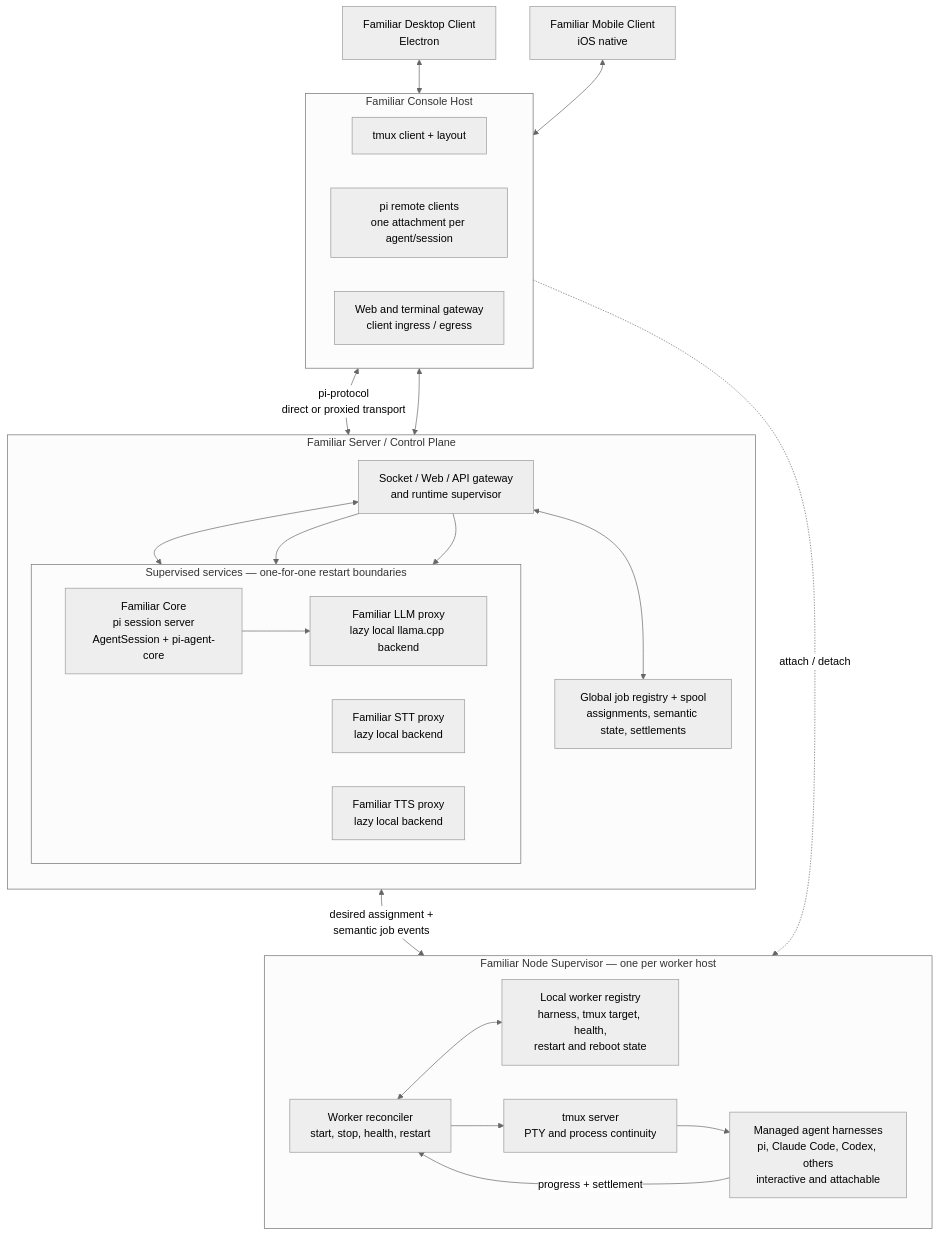
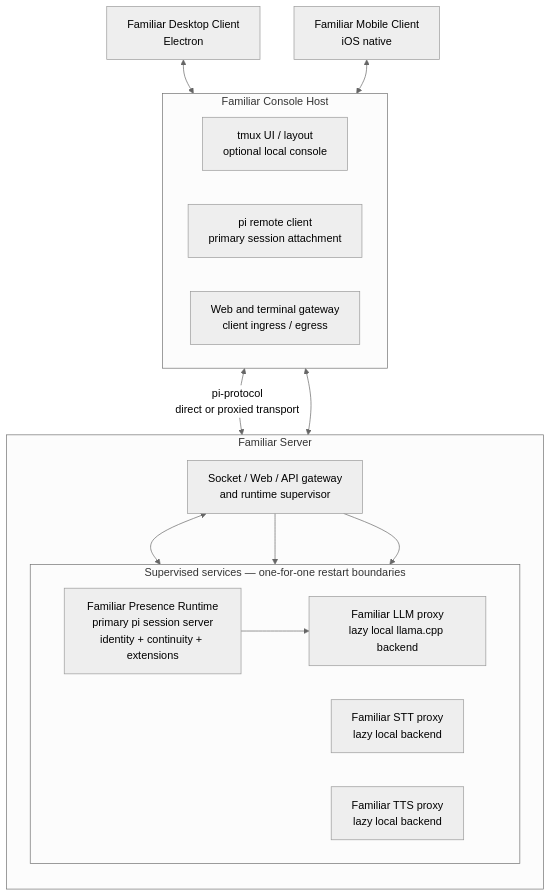
One commit to gisikw/familiar changed the diagram in docs/ARCHITECTURE.md. Above: the diagram before and after it, drawn with Mermaid (neutral theme). The commit also changed other lines of this file and 1 other file, not shown here.

Commit message:
docs: separate Familiar and delegated-agent architectures

````diff
--- a/docs/ARCHITECTURE.md
+++ b/docs/ARCHITECTURE.md
@@ -14,52 +13,35 @@
 ```mermaid
 flowchart TB
     desktop["Familiar Desktop Client<br/>Electron"]
     mobile["Familiar Mobile Client<br/>iOS native"]
 
     subgraph console["Familiar Console Host"]
         direction LR
-        tmuxClient["tmux client + layout"]
-        piClient["pi remote clients<br/>one attachment per agent/session"]
+        layout["tmux UI / layout<br/>optional local console"]
+        piClient["pi remote client<br/>primary session attachment"]
         web["Web and terminal gateway<br/>client ingress / egress"]
     end
 
-    subgraph control["Familiar Server / Control Plane"]
+    subgraph server["Familiar Server"]
         direction TB
         gateway["Socket / Web / API gateway<br/>and runtime supervisor"]
-        jobs["Global job registry + spool<br/>assignments, semantic state, settlements"]
 
         subgraph services["Supervised services — one-for-one restart boundaries"]
             direction LR
-            core["Familiar Core<br/>pi session server<br/>AgentSession + pi-agent-core"]
+            presence["Familiar Presence Runtime<br/>primary pi session server<br/>identity + continuity + extensions"]
             llm["Familiar LLM proxy<br/>lazy local llama.cpp backend"]
             stt["Familiar STT proxy<br/>lazy local backend"]
             tts["Familiar TTS proxy<br/>lazy local backend"]
         end
     end
 
-    subgraph node["Familiar Node Supervisor — one per worker host"]
-        direction LR
-        reconciler["Worker reconciler<br/>start, stop, health, restart"]
-        localRegistry["Local worker registry<br/>harness, tmux target, health,<br/>restart and reboot state"]
-        tmuxServer["tmux server<br/>PTY and process continuity"]
-        agents["Managed agent harnesses<br/>pi, Claude Code, Codex, others<br/>interactive and attachable"]
-    end
-
     desktop <--> console
     mobile <--> console
 
-    piClient <-->|"pi-protocol<br/>direct or proxied transport"| core
+    piClient <-->|"pi-protocol<br/>direct or proxied transport"| presence
     web <--> gateway
-    gateway <--> jobs
-    gateway <--> core
-    core --> llm
+    gateway <--> presence
+    presence --> llm
     gateway --> stt
     gateway --> tts
-
-    jobs <-->|"desired assignment +<br/>semantic job events"| reconciler
-    reconciler <--> localRegistry
-    reconciler --> tmuxServer
-    tmuxServer --> agents
-    tmuxClient -. "attach / detach" .-> tmuxServer
-    agents -->|"progress + settlement"| reconciler
 ```
````
